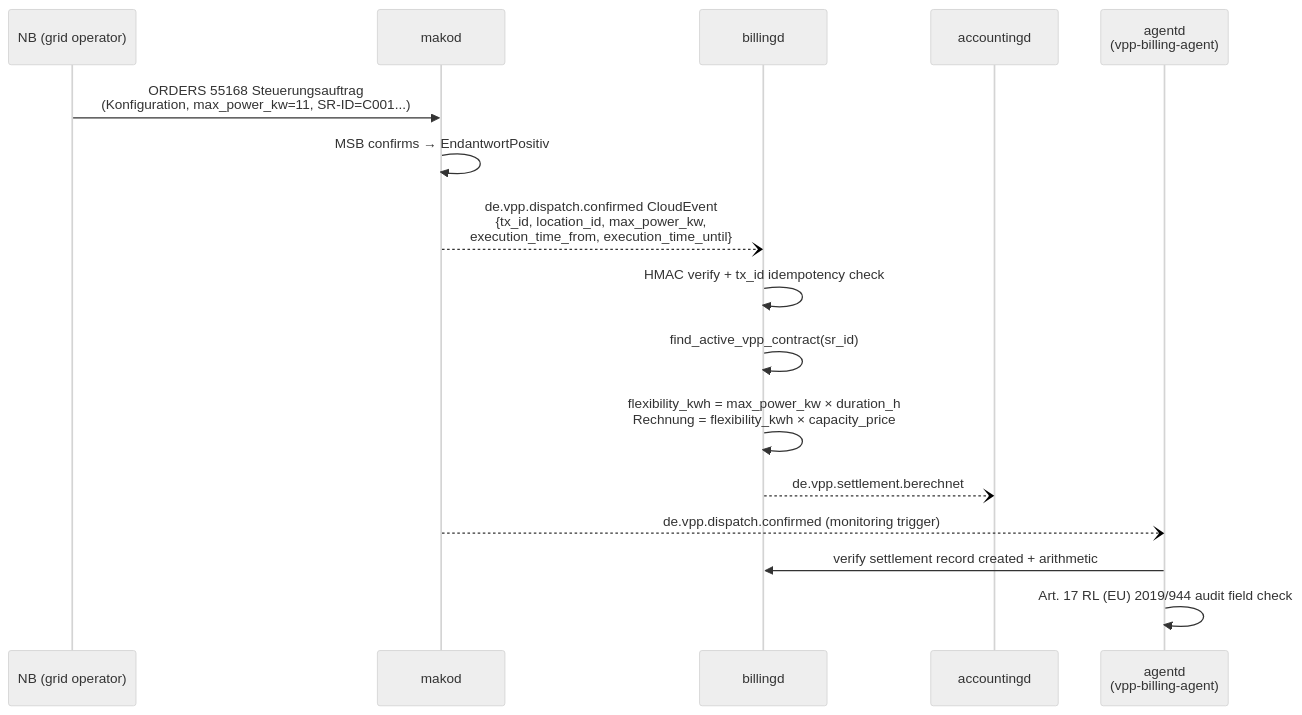
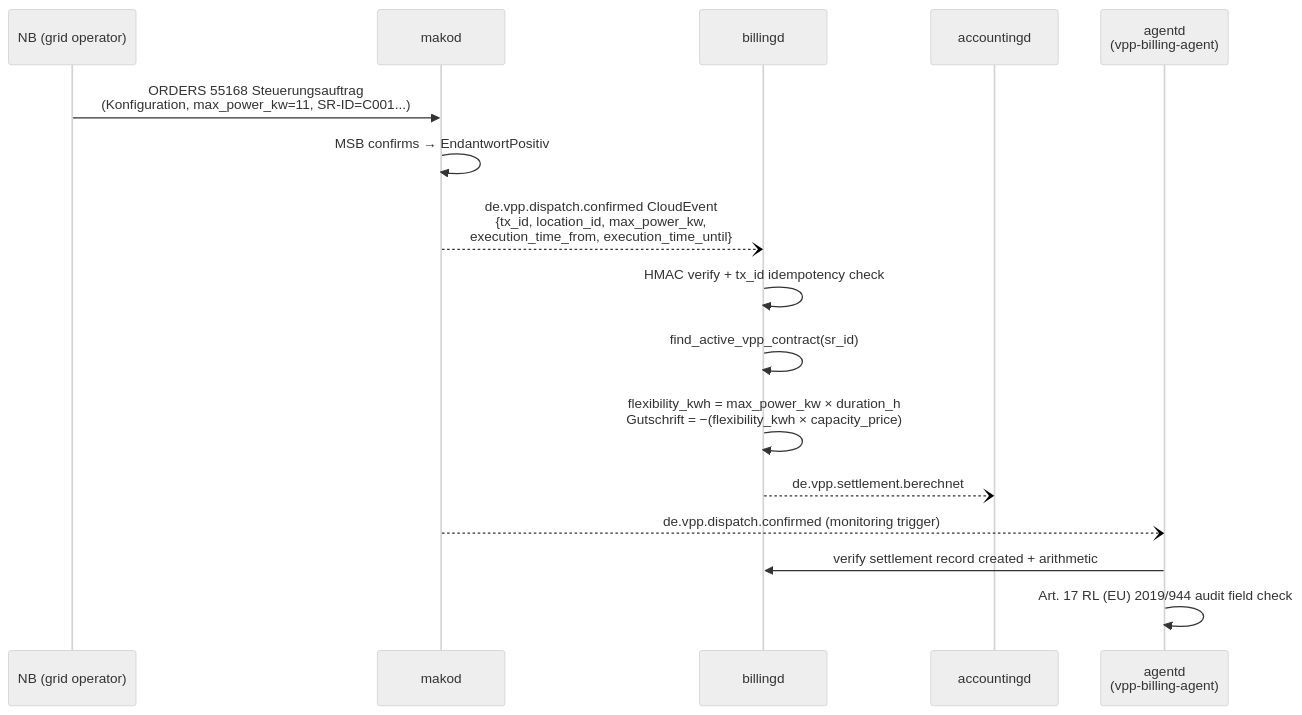
The fourth of 4 diagrams in site/content/docs/services/billingd.md (hupe1980/mako), drawn with Mermaid (neutral theme) before and after one commit. The commit also changed other lines of this file and 48 other files, not shown here.

````diff
--- a/site/content/docs/services/billingd.md
+++ b/site/content/docs/services/billingd.md
@@ -934,19 +1277,19 @@
 ```mermaid
 sequenceDiagram
     participant NB as NB (grid operator)
     participant makod
     participant billingd
     participant accountingd
     participant agentd as agentd<br/>(vpp-billing-agent)
 
     NB->>makod: ORDERS 55168 Steuerungsauftrag<br/>(Konfiguration, max_power_kw=11, SR-ID=C001...)
     makod->>makod: MSB confirms → EndantwortPositiv
     makod--)billingd: de.vpp.dispatch.confirmed CloudEvent<br/>{tx_id, location_id, max_power_kw,<br/>execution_time_from, execution_time_until}
     billingd->>billingd: HMAC verify + tx_id idempotency check
     billingd->>billingd: find_active_vpp_contract(sr_id)
-    billingd->>billingd: flexibility_kwh = max_power_kw × duration_h<br/>Rechnung = flexibility_kwh × capacity_price
+    billingd->>billingd: flexibility_kwh = max_power_kw × duration_h<br/>Gutschrift = −(flexibility_kwh × capacity_price)
     billingd--)accountingd: de.vpp.settlement.berechnet
     makod--)agentd: de.vpp.dispatch.confirmed (monitoring trigger)
     agentd->>billingd: verify settlement record created + arithmetic
     agentd->>agentd: Art. 17 RL (EU) 2019/944 audit field check
 ```
````
